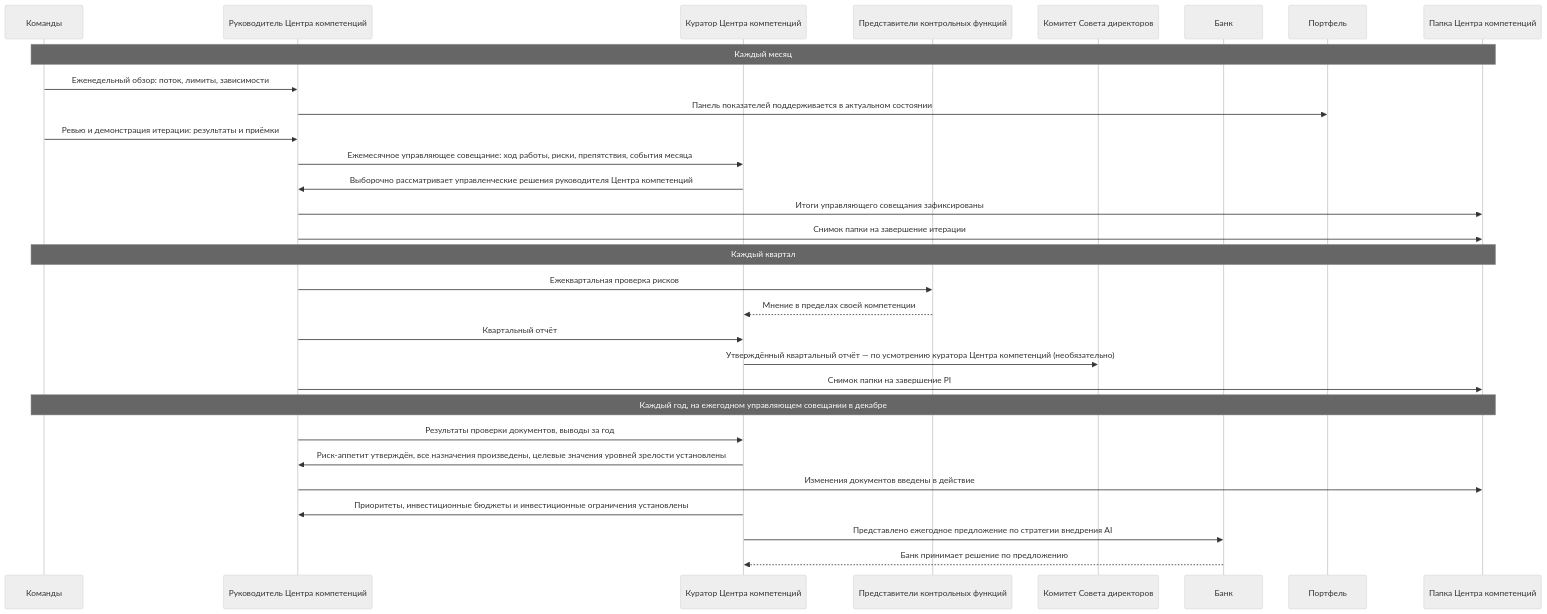
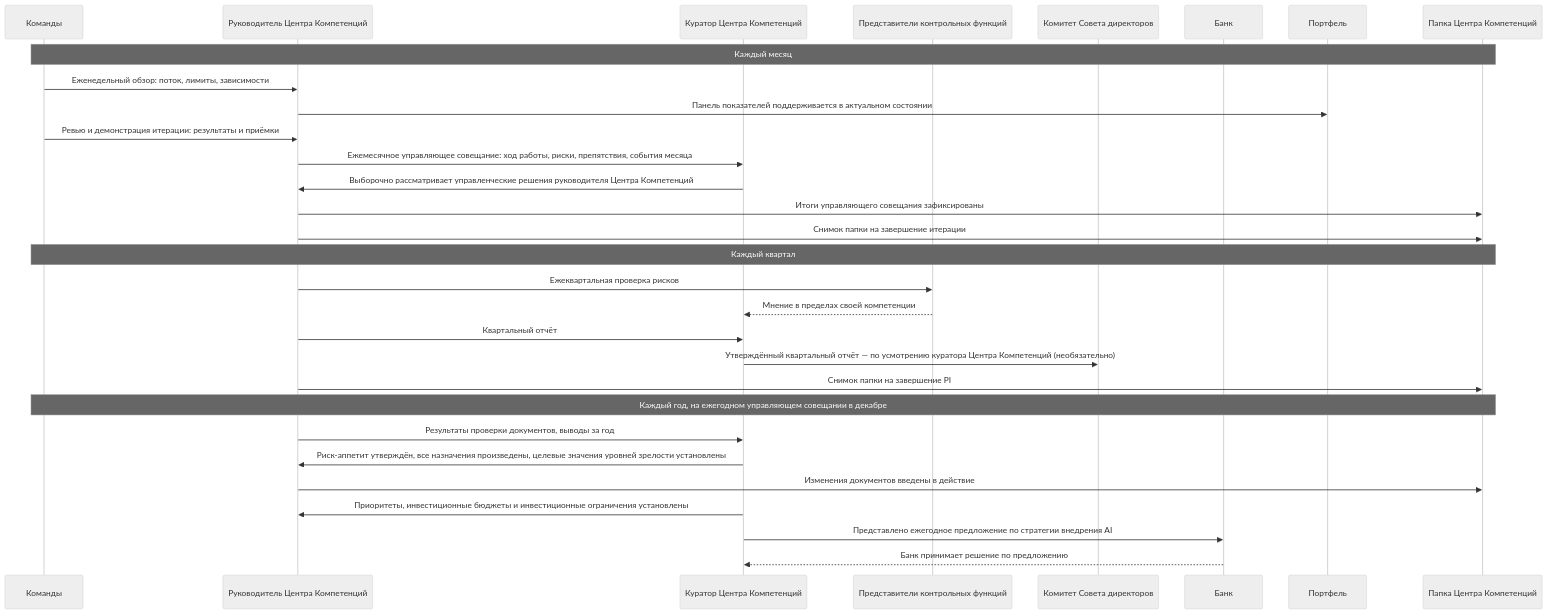
One commit to devhogu/ob-aicc changed the third of 6 diagrams in charter/ru/workflows/unit-governance.md. Above: the diagram before and after it, drawn with Mermaid (neutral theme). The commit also changed other lines of this file and 550 other files, not shown here.

````diff
--- a/charter/ru/workflows/unit-governance.md
+++ b/charter/ru/workflows/unit-governance.md
@@ -84,32 +84,32 @@
 ```mermaid
 sequenceDiagram
   participant T as Команды
-  participant L as Руководитель Центра компетенций
-  participant ES as Куратор Центра компетенций
+  participant L as Руководитель Центра Компетенций
+  participant ES as Куратор Центра Компетенций
   participant CF as Представители контрольных функций
   participant BC as Комитет Совета директоров
   participant BK as Банк
   participant P as Портфель
-  participant R as Папка Центра компетенций
+  participant R as Папка Центра Компетенций
   Note over T,R: Каждый месяц
   T->>L: Еженедельный обзор: поток, лимиты, зависимости
   L->>P: Панель показателей поддерживается в актуальном состоянии
   T->>L: Ревью и демонстрация итерации: результаты и приёмки
   L->>ES: Ежемесячное управляющее совещание: ход работы, риски, препятствия, события месяца
-  ES->>L: Выборочно рассматривает управленческие решения руководителя Центра компетенций
+  ES->>L: Выборочно рассматривает управленческие решения руководителя Центра Компетенций
   L->>R: Итоги управляющего совещания зафиксированы
   L->>R: Снимок папки на завершение итерации
   Note over T,R: Каждый квартал
   L->>CF: Ежеквартальная проверка рисков
   CF-->>ES: Мнение в пределах своей компетенции
   L->>ES: Квартальный отчёт
-  ES->>BC: Утверждённый квартальный отчёт — по усмотрению куратора Центра компетенций (необязательно)
+  ES->>BC: Утверждённый квартальный отчёт — по усмотрению куратора Центра Компетенций (необязательно)
   L->>R: Снимок папки на завершение PI
   Note over T,R: Каждый год, на ежегодном управляющем совещании в декабре
   L->>ES: Результаты проверки документов, выводы за год
   ES->>L: Риск-аппетит утверждён, все назначения произведены, целевые значения уровней зрелости установлены
   L->>R: Изменения документов введены в действие
   ES->>L: Приоритеты, инвестиционные бюджеты и инвестиционные ограничения установлены
   ES->>BK: Представлено ежегодное предложение по стратегии внедрения AI
   BK-->>ES: Банк принимает решение по предложению
 ```
````
